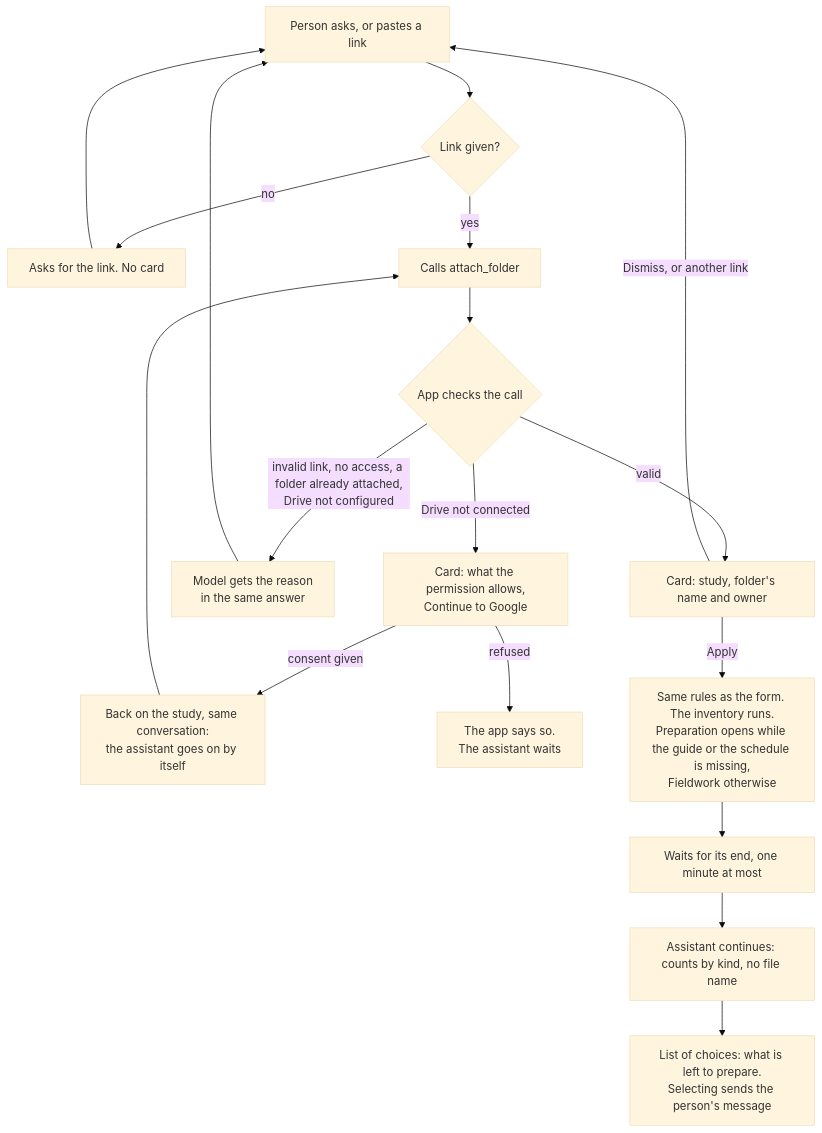
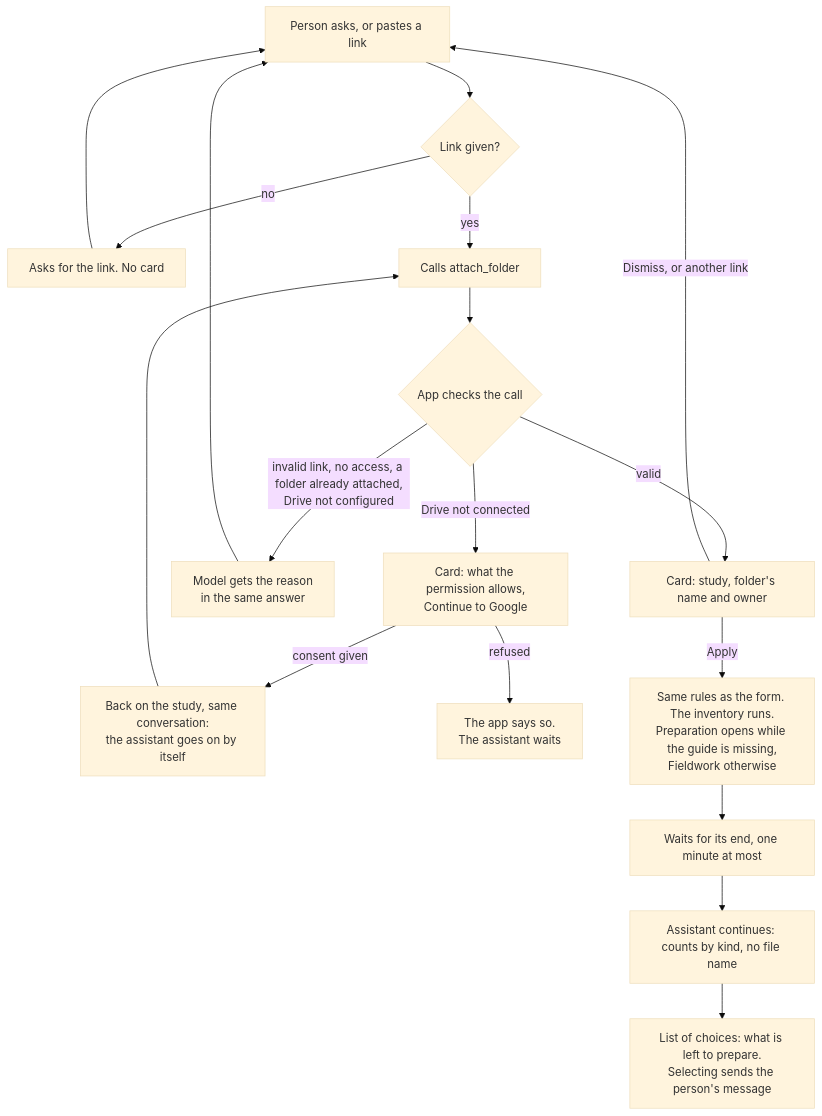
Before and after one commit to binarii-io/goodresearch: the second of 2 diagrams in docs/agent-journeys/05-study-folder.md, drawn with Mermaid (base theme). The commit also changed other lines of this file and 76 other files, not shown here.

````diff
--- a/docs/agent-journeys/05-study-folder.md
+++ b/docs/agent-journeys/05-study-folder.md
@@ -34,20 +34,20 @@
 ```mermaid
 flowchart TD
     A["Person asks, or pastes a link"] --> L{"Link given?"}
     L -->|"no"| L1["Asks for the link. No card"]
     L1 --> A
     L -->|"yes"| P["Calls attach_folder"]
     P --> V{"App checks the call"}
     V -->|"Drive not connected"| C["Card: what the permission allows,<br/>Continue to Google"]
     C -->|"consent given"| R["Back on the study, same conversation:<br/>the assistant goes on by itself"]
     R --> P
     C -->|"refused"| X["The app says so.<br/>The assistant waits"]
     V -->|"invalid link, no access, a folder already attached,<br/>Drive not configured"| V1["Model gets the reason<br/>in the same answer"]
     V1 --> A
     V -->|"valid"| K["Card: study, folder's name and owner"]
     K -->|"Dismiss, or another link"| A
-    K -->|"Apply"| N["Same rules as the form. The inventory runs.<br/>Preparation opens while the guide or the schedule is missing,<br/>Fieldwork otherwise"]
+    K -->|"Apply"| N["Same rules as the form. The inventory runs.<br/>Preparation opens while the guide is missing,<br/>Fieldwork otherwise"]
     N --> W["Waits for its end, one minute at most"]
     W --> F["Assistant continues: counts by kind, no file name"]
     F --> L2["List of choices: what is left to prepare.<br/>Selecting sends the person's message"]
 ```
````
